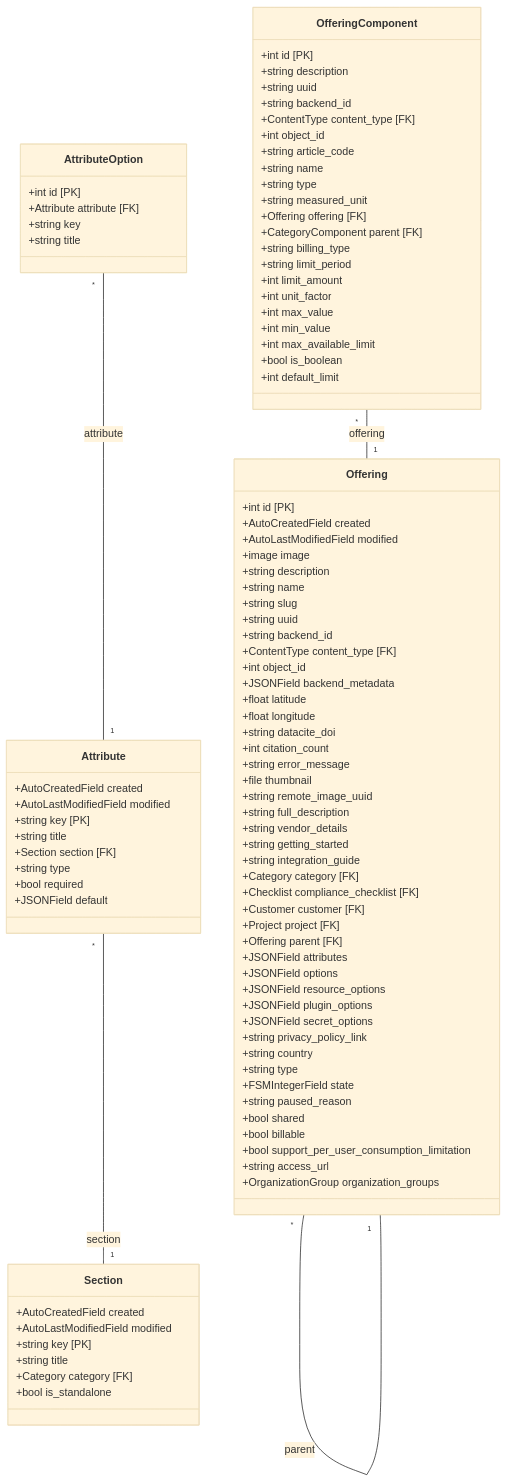
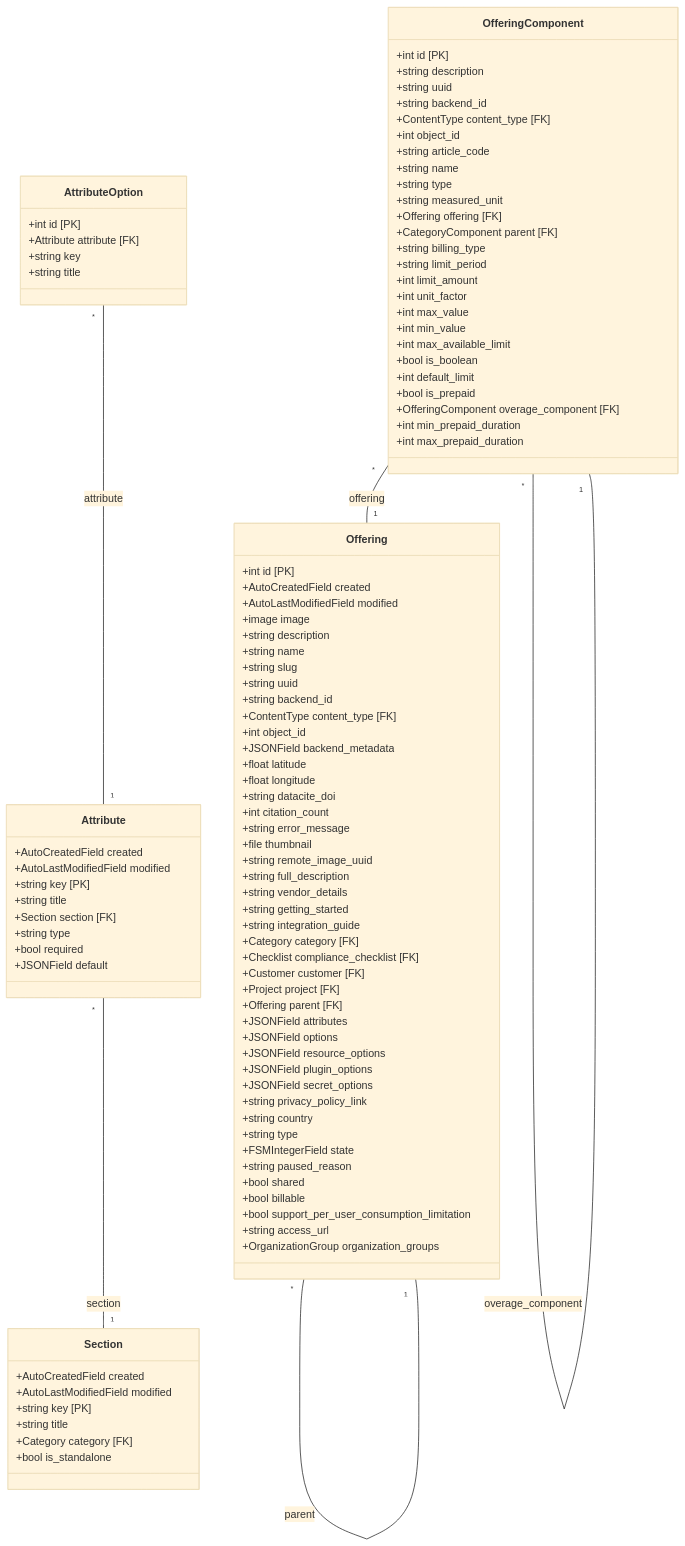
The diagram in docs/developer-guide/marketplace_catalog.mmd (waldur/waldur-docs), drawn with Mermaid (base theme) before and after one commit. The commit also changed 3 other files, not shown here.

```diff
--- a/docs/developer-guide/marketplace_catalog.mmd
+++ b/docs/developer-guide/marketplace_catalog.mmd
@@ -1,98 +1,103 @@
 classDiagram
     direction TB
     class Section {
         +AutoCreatedField created
         +AutoLastModifiedField modified
         +string key [PK]
         +string title
         +Category category [FK]
         +bool is_standalone
     }
     class Attribute {
         +AutoCreatedField created
         +AutoLastModifiedField modified
         +string key [PK]
         +string title
         +Section section [FK]
         +string type
         +bool required
         +JSONField default
     }
     class AttributeOption {
         +int id [PK]
         +Attribute attribute [FK]
         +string key
         +string title
     }
     class Offering {
         +int id [PK]
         +AutoCreatedField created
         +AutoLastModifiedField modified
         +image image
         +string description
         +string name
         +string slug
         +string uuid
         +string backend_id
         +ContentType content_type [FK]
         +int object_id
         +JSONField backend_metadata
         +float latitude
         +float longitude
         +string datacite_doi
         +int citation_count
         +string error_message
         +file thumbnail
         +string remote_image_uuid
         +string full_description
         +string vendor_details
         +string getting_started
         +string integration_guide
         +Category category [FK]
         +Checklist compliance_checklist [FK]
         +Customer customer [FK]
         +Project project [FK]
         +Offering parent [FK]
         +JSONField attributes
         +JSONField options
         +JSONField resource_options
         +JSONField plugin_options
         +JSONField secret_options
         +string privacy_policy_link
         +string country
         +string type
         +FSMIntegerField state
         +string paused_reason
         +bool shared
         +bool billable
         +bool support_per_user_consumption_limitation
         +string access_url
         +OrganizationGroup organization_groups
     }
     class OfferingComponent {
         +int id [PK]
         +string description
         +string uuid
         +string backend_id
         +ContentType content_type [FK]
         +int object_id
         +string article_code
         +string name
         +string type
         +string measured_unit
         +Offering offering [FK]
         +CategoryComponent parent [FK]
         +string billing_type
         +string limit_period
         +int limit_amount
         +int unit_factor
         +int max_value
         +int min_value
         +int max_available_limit
         +bool is_boolean
         +int default_limit
+        +bool is_prepaid
+        +OfferingComponent overage_component [FK]
+        +int min_prepaid_duration
+        +int max_prepaid_duration
     }
     Attribute "*" -- "1" Section : section
     AttributeOption "*" -- "1" Attribute : attribute
     Offering "*" -- "1" Offering : parent
     OfferingComponent "*" -- "1" Offering : offering
+    OfferingComponent "*" -- "1" OfferingComponent : overage_component
```
